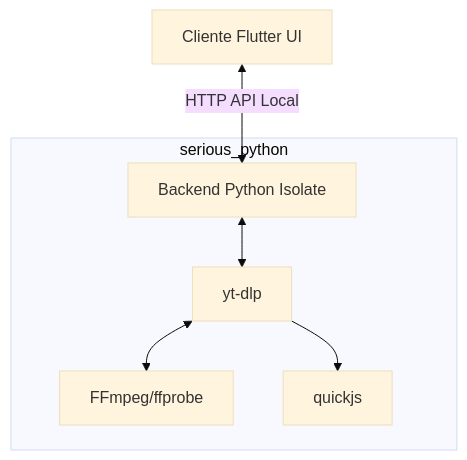
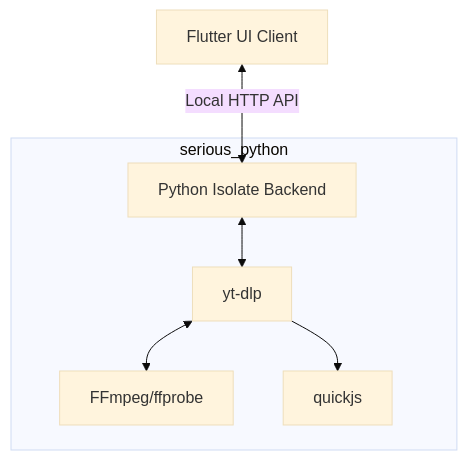
One commit to chomusuke-mk/vidra changed the diagram in README.md. Above: the diagram before and after it, drawn with Mermaid (base theme). The commit also changed other lines of this file and 5 other files, not shown here.

````diff
--- a/README.md
+++ b/README.md
@@ -55,9 +73,9 @@
 ```mermaid
 graph TD
-  A[Cliente Flutter UI] <-->|HTTP API Local| B[Backend Python Isolate]
+  A[Flutter UI Client] <-->|Local HTTP API| B[Python Isolate Backend]
   subgraph serious_python
     B <--> C[yt-dlp]
     C <--> D[FFmpeg/ffprobe]
     C --> E[quickjs]
   end
 ```
````
